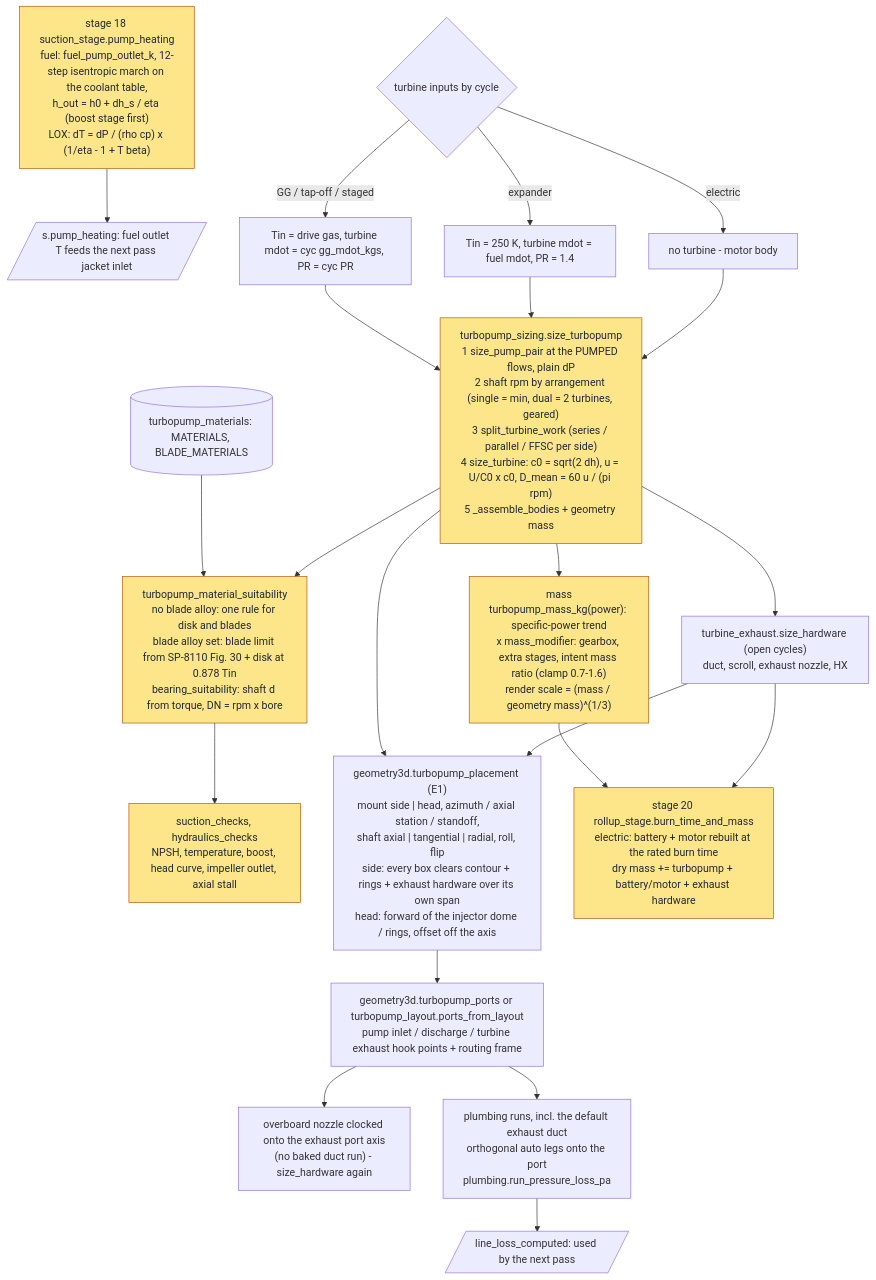
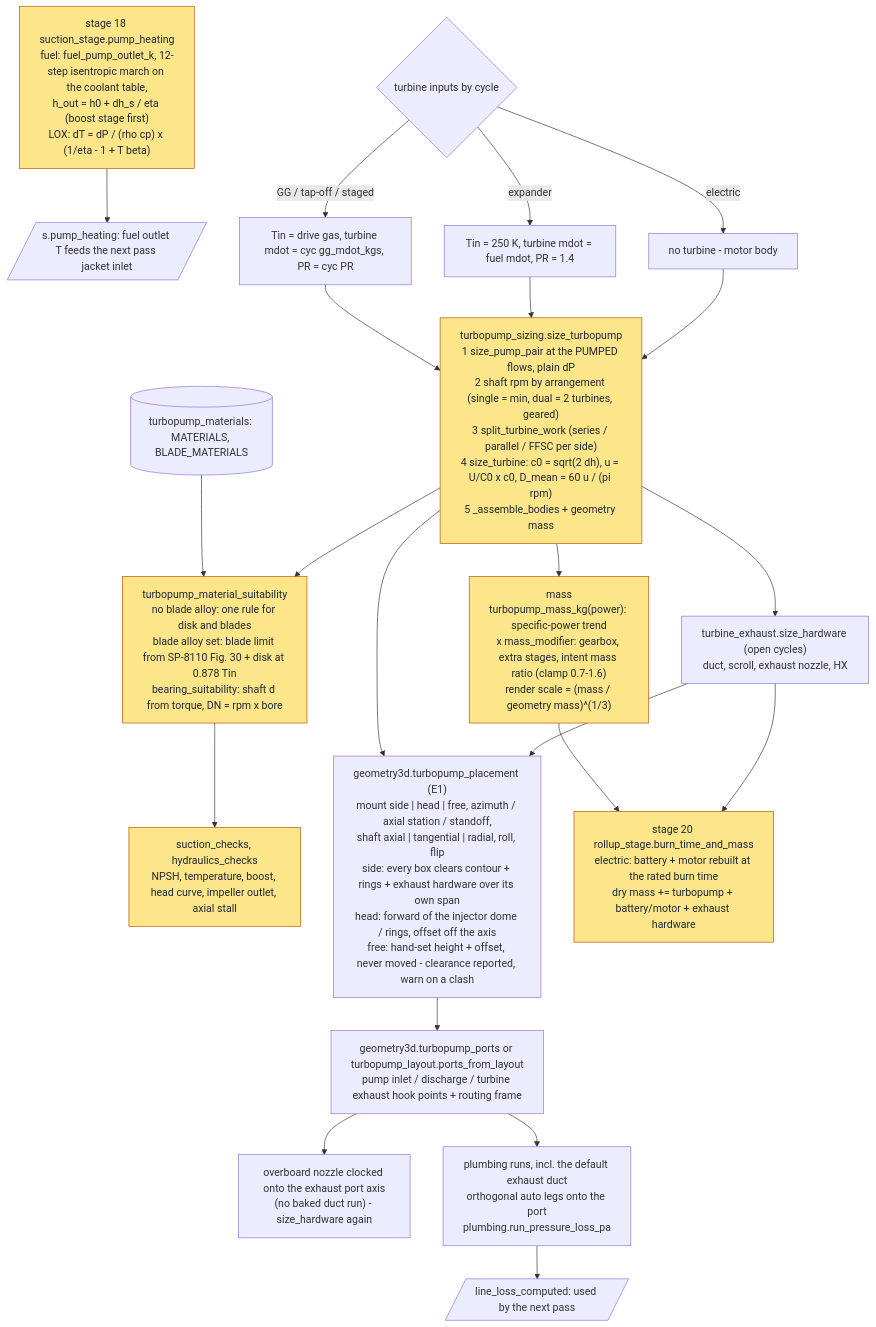
Before and after one commit to CoryDSummers/Corys-Procedural-Rocket-Engine-Simulator: the fifth of 6 diagrams in engine_designer/TURBOPUMP_FLOW.md, drawn with Mermaid. The commit also changed 4 other files, not shown here.

First line of the commit message:
Turbopump placement E1 C11: docs for the free mount

````diff
--- a/engine_designer/TURBOPUMP_FLOW.md
+++ b/engine_designer/TURBOPUMP_FLOW.md
@@ -235,31 +235,31 @@
 ```mermaid
 flowchart TD
     PH["stage 18 suction_stage.pump_heating<br/>fuel: fuel_pump_outlet_k, 12-step isentropic march on the coolant table,<br/>h_out = h0 + dh_s / eta (boost stage first)<br/>LOX: dT = dP / (rho cp) x (1/eta - 1 + T beta)"]
     PH --> PHO[/"s.pump_heating: fuel outlet T feeds the next pass jacket inlet"/]
 
     DISP{"turbine inputs by cycle"}
     DISP -- "GG / tap-off / staged" --> T1["Tin = drive gas, turbine mdot = cyc gg_mdot_kgs, PR = cyc PR"]
     DISP -- "expander" --> T2["Tin = 250 K, turbine mdot = fuel mdot, PR = 1.4"]
     DISP -- "electric" --> T3["no turbine - motor body"]
     T1 --> STP
     T2 --> STP
     T3 --> STP
     STP["turbopump_sizing.size_turbopump<br/>1 size_pump_pair at the PUMPED flows, plain dP<br/>2 shaft rpm by arrangement (single = min, dual = 2 turbines, geared)<br/>3 split_turbine_work (series / parallel / FFSC per side)<br/>4 size_turbine: c0 = sqrt(2 dh), u = U/C0 x c0, D_mean = 60 u / (pi rpm)<br/>5 _assemble_bodies + geometry mass"]
     STP --> MASS["mass<br/>turbopump_mass_kg(power): specific-power trend<br/>x mass_modifier: gearbox, extra stages, intent mass ratio (clamp 0.7-1.6)<br/>render scale = (mass / geometry mass)^(1/3)"]
     MAT[("turbopump_materials: MATERIALS, BLADE_MATERIALS")]
     MAT --> CHK
     STP --> CHK["turbopump_material_suitability<br/>no blade alloy: one rule for disk and blades<br/>blade alloy set: blade limit from SP-8110 Fig. 30 + disk at 0.878 Tin<br/>bearing_suitability: shaft d from torque, DN = rpm x bore"]
     CHK --> SC2["suction_checks, hydraulics_checks<br/>NPSH, temperature, boost, head curve, impeller outlet, axial stall"]
     STP --> TEH["turbine_exhaust.size_hardware (open cycles)<br/>duct, scroll, exhaust nozzle, HX"]
-    STP --> PLACE["geometry3d.turbopump_placement (E1)<br/>mount side | head, azimuth / axial station / standoff,<br/>shaft axial | tangential | radial, roll, flip<br/>side: every box clears contour + rings + exhaust hardware over its own span<br/>head: forward of the injector dome / rings, offset off the axis"]
+    STP --> PLACE["geometry3d.turbopump_placement (E1)<br/>mount side | head | free, azimuth / axial station / standoff,<br/>shaft axial | tangential | radial, roll, flip<br/>side: every box clears contour + rings + exhaust hardware over its own span<br/>head: forward of the injector dome / rings, offset off the axis<br/>free: hand-set height + offset, never moved - clearance reported, warn on a clash"]
     TEH --> PLACE
     PLACE --> PORTS["geometry3d.turbopump_ports or turbopump_layout.ports_from_layout<br/>pump inlet / discharge / turbine exhaust hook points + routing frame"]
     PORTS --> TEC["overboard nozzle clocked onto the exhaust port axis<br/>(no baked duct run) - size_hardware again"]
     PORTS --> PL["plumbing runs, incl. the default exhaust duct<br/>orthogonal auto legs onto the port<br/>plumbing.run_pressure_loss_pa"]
     PL --> LLC[/"line_loss_computed: used by the next pass"/]
     MASS --> RU["stage 20 rollup_stage.burn_time_and_mass<br/>electric: battery + motor rebuilt at the rated burn time<br/>dry mass += turbopump + battery/motor + exhaust hardware"]
     TEH --> RU
 
     class PH,STP,MASS,CHK,SC2,RU tp
     classDef tp fill:#fde68a,stroke:#b45309,color:#1f2937
 ```
````
